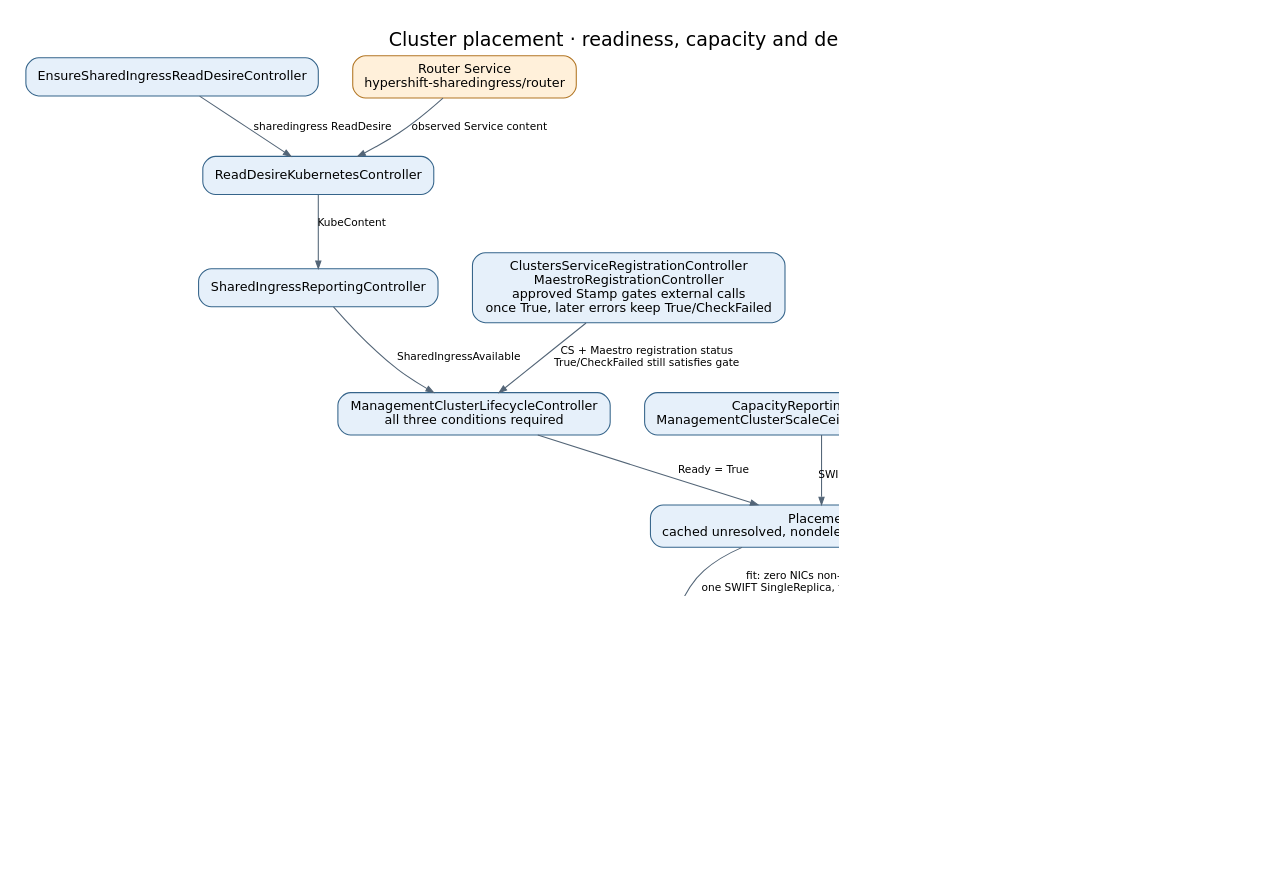
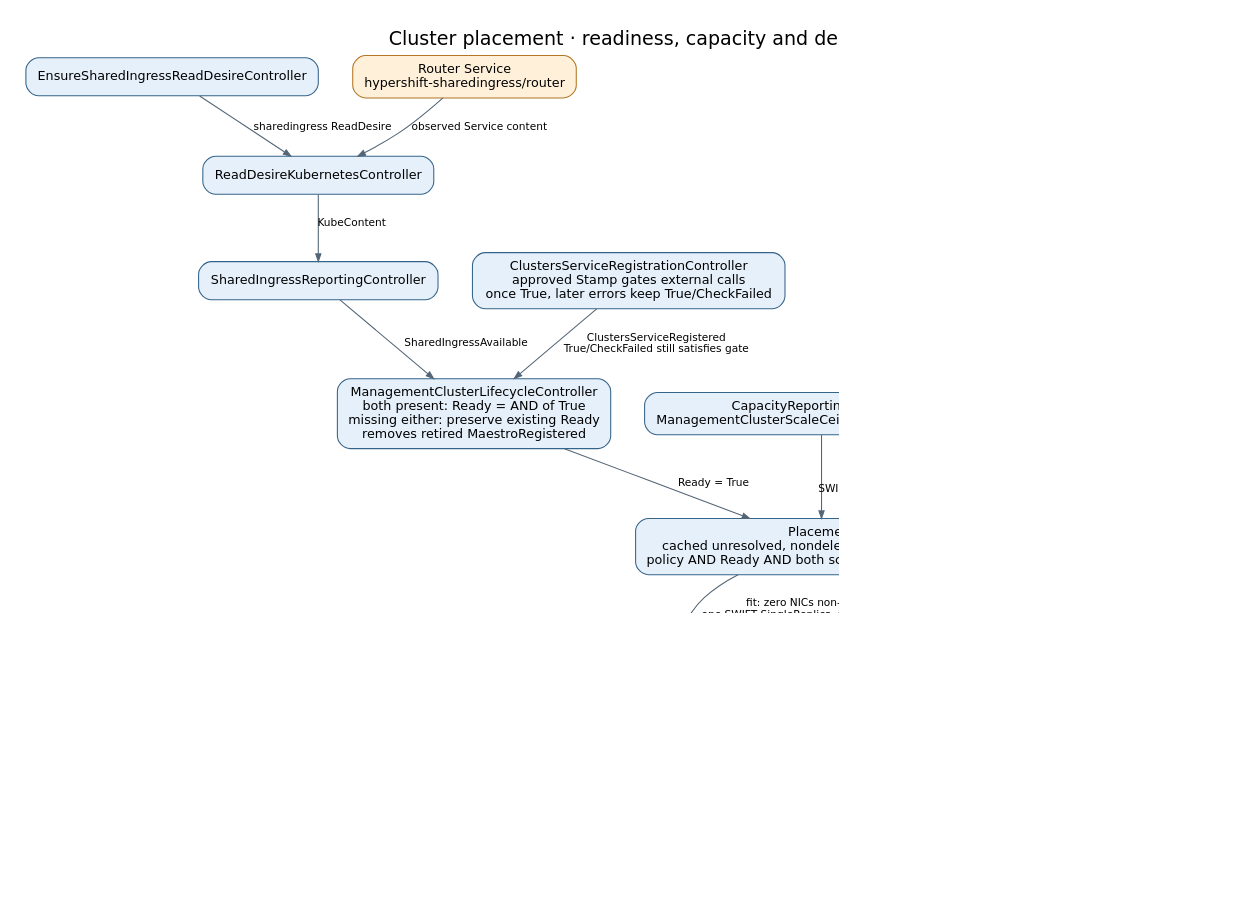
The diagram in docs/generated/diagrams/controller-flows/fleet-placement.dot (Azure/ARO-HCP), drawn with Graphviz before and after one commit. The commit also changed 48 other files, not shown here.

Commit message:
docs: sync the service-provider controller flow reference

```diff
--- a/docs/generated/diagrams/controller-flows/fleet-placement.dot
+++ b/docs/generated/diagrams/controller-flows/fleet-placement.dot
@@ -1,36 +1,36 @@
 digraph fleet_placement {
   graph [rankdir=TB, bgcolor="white", pad="0.3", nodesep="0.45", ranksep="0.6", fontname="DejaVu Sans", fontsize=18, labelloc=t, dpi=110];
   node [shape=box, style="rounded,filled", fillcolor="#e6f0fa", color="#35648a", fontname="DejaVu Sans", fontsize=12, margin="0.16,0.10"];
   edge [color="#536577", fontname="DejaVu Sans", fontsize=10, arrowsize=0.7];
   label="Cluster placement · readiness, capacity and deadline";
   ensure [label="EnsureSharedIngressReadDesireController"];
   service [label="Router Service\nhypershift-sharedingress/router", fillcolor="#fff0da", color="#b27624"];
   mirror [label="ReadDesireKubernetesController"];
   ingress [label="SharedIngressReportingController"];
-  registrations [label="ClustersServiceRegistrationController\nMaestroRegistrationController\napproved Stamp gates external calls\nonce True, later errors keep True/CheckFailed"];
-  lifecycle [label="ManagementClusterLifecycleController\nall three conditions required"];
+  registrations [label="ClustersServiceRegistrationController\napproved Stamp gates external calls\nonce True, later errors keep True/CheckFailed"];
+  lifecycle [label="ManagementClusterLifecycleController\nboth present: Ready = AND of True\nmissing either: preserve existing Ready\nremoves retired MaestroRegistered"];
   capacity [label="CapacityReportingController\nManagementClusterScaleCeilingReportingController"];
   policy [label="ManagementCluster.Spec\nSchedulingPolicy = Schedulable", fillcolor="#e4f2e5", color="#4c8053"];
-  placement [label="Placement\ncached unresolved, nondeleting, nonterminal HCP"];
+  placement [label="Placement\ncached unresolved, nondeleting, nonterminal HCP\npolicy AND Ready AND both scheduling reports current"];
   selected [label="Pending reservation, then Spec placement\nCapacityAvailable = True", fillcolor="#e4f2e5", color="#4c8053"];
   deferred [label="No fit: CapacityAvailable\nFalse (known blockers) or Unknown", fillcolor="#e4f2e5", color="#4c8053"];
   create [label="ClusterClusterServiceCreate"];
   operation [label="OperationClusterCreate\nchecks placement before CS ID exists"];
-  failed [label="At overall deadline: Failed\nFalse → AROHCPCapacityHeavyUse\nmissing / Unknown → InternalServerError", fillcolor="#e4f2e5", color="#4c8053"];
+  failed [label="Placement check at/after deadline: Failed\nFalse → AROHCPCapacityHeavyUse\nmissing / Unknown → InternalServerError", fillcolor="#e4f2e5", color="#4c8053"];
   ensure -> mirror [label="sharedingress ReadDesire"];
   service -> mirror [label="observed Service content"];
   mirror -> ingress [label="KubeContent"];
   ingress -> lifecycle [label="SharedIngressAvailable"];
-  registrations -> lifecycle [label="CS + Maestro registration status\nTrue/CheckFailed still satisfies gate"];
+  registrations -> lifecycle [label="ClustersServiceRegistered\nTrue/CheckFailed still satisfies gate"];
   lifecycle -> placement [label="Ready = True"];
   capacity -> placement [label="current capacity + scaling data;\nSWIFT NIC fit; non-SWIFT contention ranking"];
   policy -> placement [label="eligible policy"];
   placement -> selected [label="fit: zero NICs non-SWIFT,\none SWIFT SingleReplica, three otherwise"];
   placement -> deferred [label="no eligible fit"];
-  selected -> create [label="selected provision shard"];
+  selected -> create [label="selected MC ID; new POST resolves shard"];
   selected -> operation [label="placement check satisfied;\nother checks still required"];
   deferred -> operation [label="unresolved placement"];
-  operation -> failed [label="still unresolved at deadline"];
+  operation -> failed [label="unresolved placement contributes to aggregate"];
   deferred -> placement [label="enqueue after 29s", style=dashed, color="#857456", constraint=false];
   operation -> operation [label="before deadline / no deadline:\nkeep waiting", style=dashed, color="#857456", constraint=false];
 }
```
